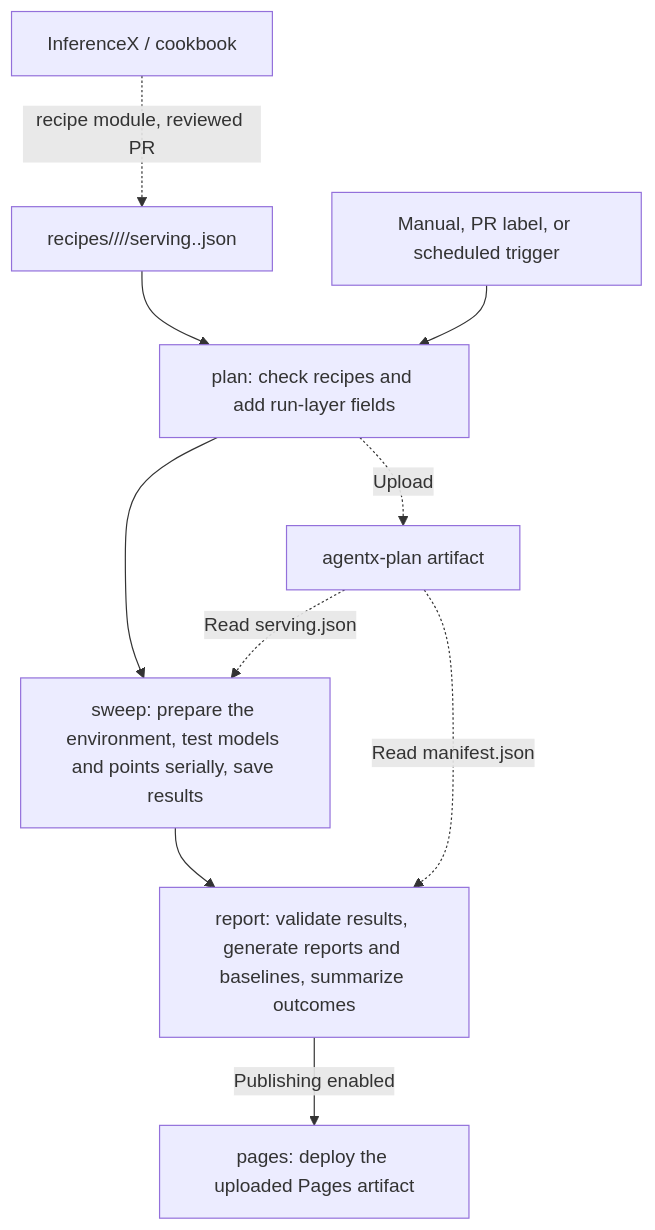
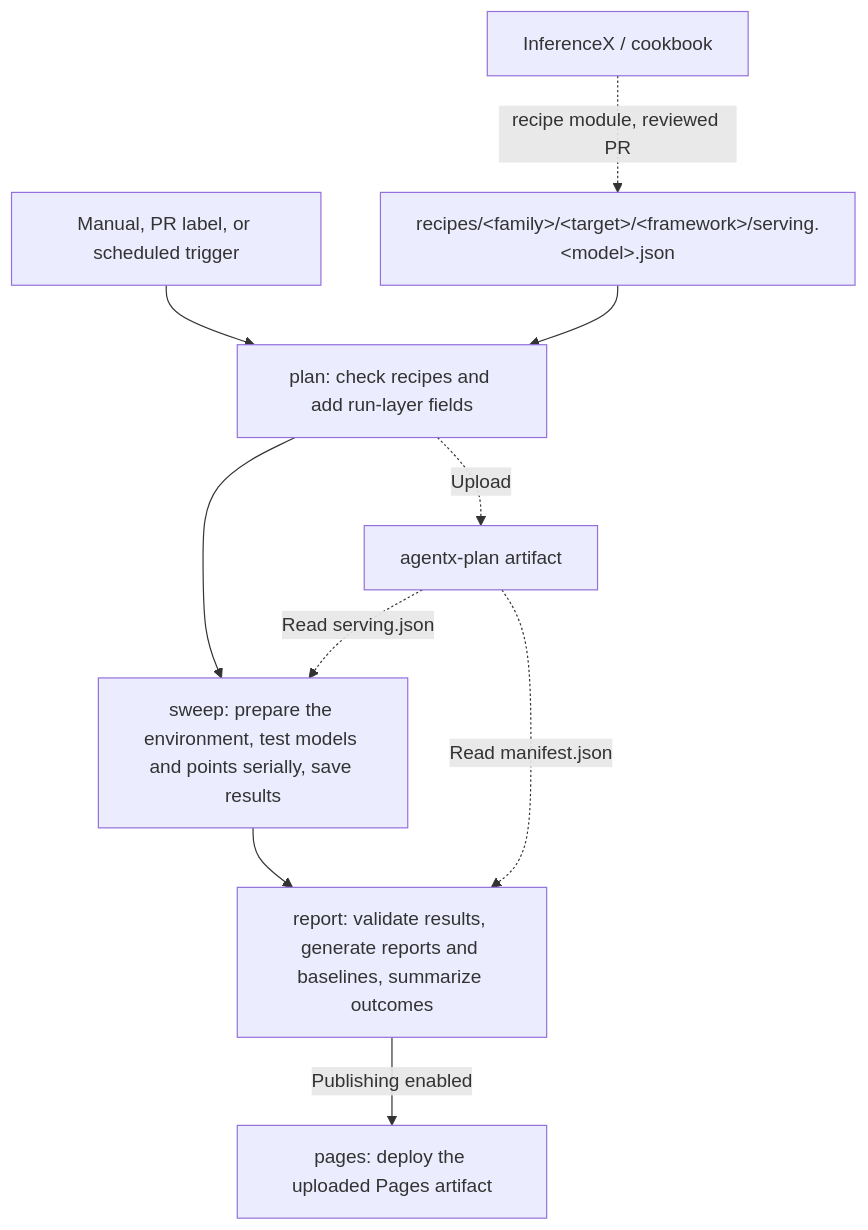
The diagram in benchmarks/agentx/README.md (AMD-AGI/AKLR), drawn with Mermaid before and after one commit. The commit also changed other lines of this file and 20 other files, not shown here.

````diff
--- a/benchmarks/agentx/README.md
+++ b/benchmarks/agentx/README.md
@@ -11,11 +11,11 @@
 ```mermaid
 flowchart TD
-    X["InferenceX / cookbook"] -.->|"recipe module, reviewed PR"| L["recipes/<family>/<target>/<framework>/serving.<model>.json"] --> P
     T["Manual, PR label, or scheduled trigger"] --> P["plan: check recipes and add run-layer fields"]
+    X["InferenceX / cookbook"] -.->|"recipe module, reviewed PR"| L["recipes/#lt;family#gt;/#lt;target#gt;/#lt;framework#gt;/serving.#lt;model#gt;.json"] --> P
     P --> S["sweep: prepare the environment, test models and points serially, save results"]
     S --> R["report: validate results, generate reports and baselines, summarize outcomes"]
     R -->|"Publishing enabled"| D["pages: deploy the uploaded Pages artifact"]
     P -.->|"Upload"| A["agentx-plan artifact"]
     A -.->|"Read serving.json"| S
     A -.->|"Read manifest.json"| R
 ```
````
